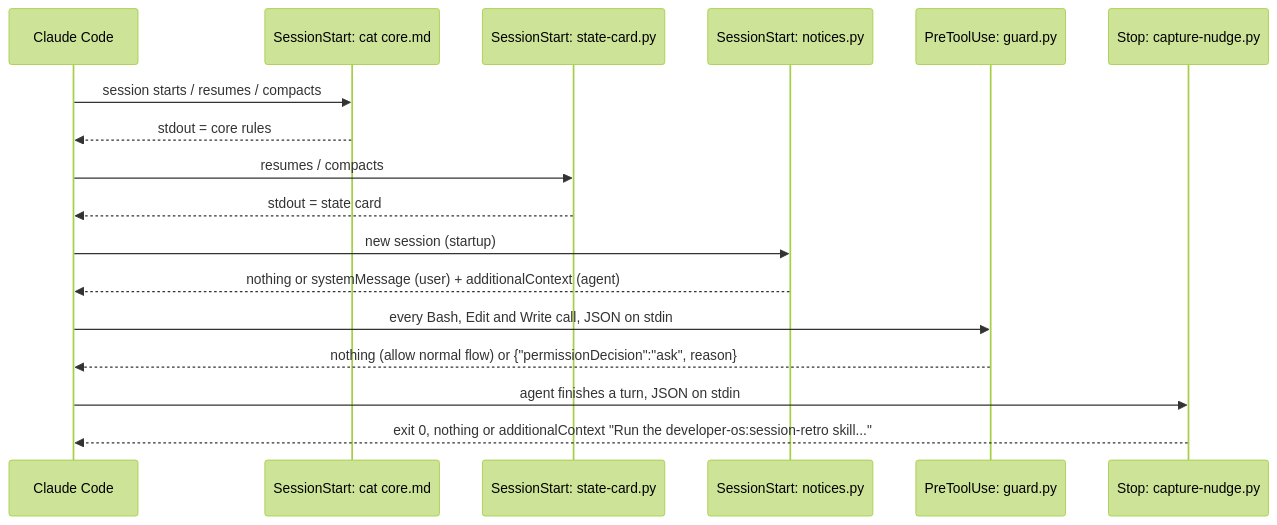
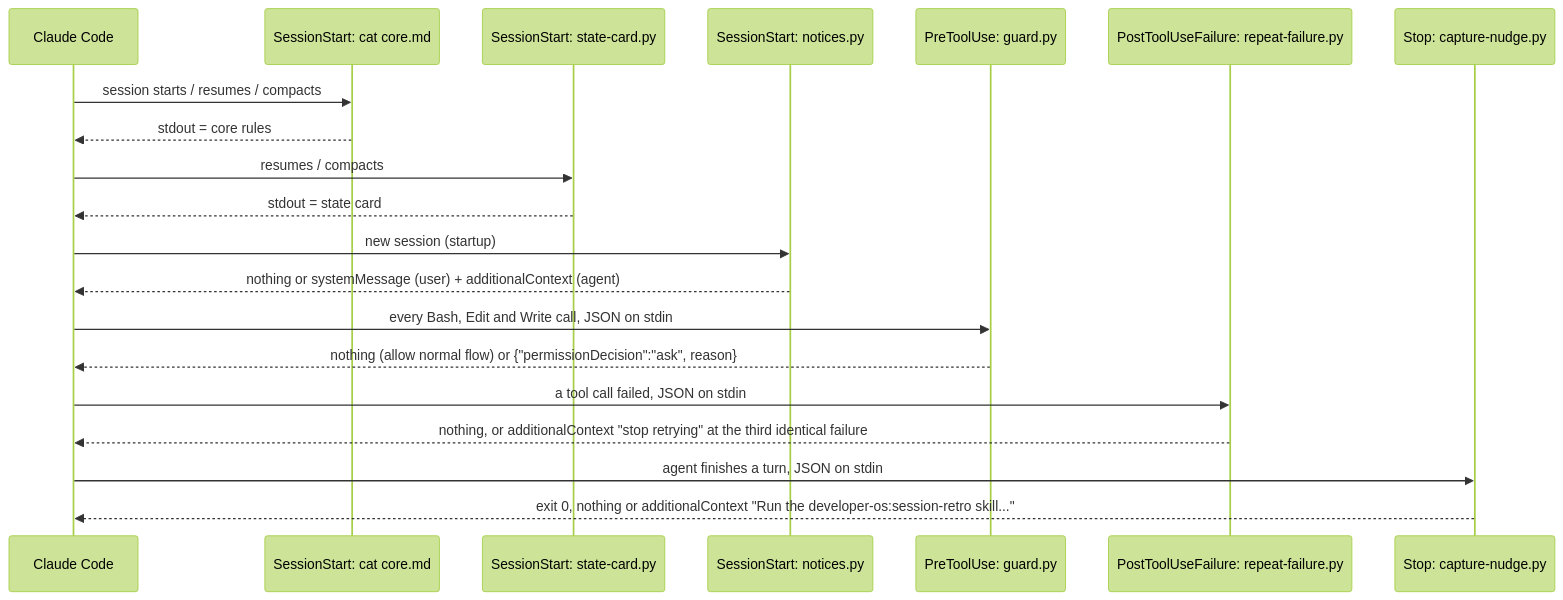
The first of 2 diagrams in docs/architecture/overview.md (msolecki/developer-os), drawn with Mermaid (forest theme) before and after one commit. The commit also changed other lines of this file and 20 other files, not shown here.

````diff
--- a/docs/architecture/overview.md
+++ b/docs/architecture/overview.md
@@ -60,19 +61,22 @@
 ```mermaid
 sequenceDiagram
   participant CC as Claude Code
   participant R as SessionStart: cat core.md
   participant SS as SessionStart: state-card.py
   participant NO as SessionStart: notices.py
   participant G as PreToolUse: guard.py
+  participant F as PostToolUseFailure: repeat-failure.py
   participant N as Stop: capture-nudge.py
   CC->>R: session starts / resumes / compacts
   R-->>CC: stdout = core rules
   CC->>SS: resumes / compacts
   SS-->>CC: stdout = state card
   CC->>NO: new session (startup)
   NO-->>CC: nothing or systemMessage (user) + additionalContext (agent)
   CC->>G: every Bash, Edit and Write call, JSON on stdin
   G-->>CC: nothing (allow normal flow) or {"permissionDecision":"ask", reason}
+  CC->>F: a tool call failed, JSON on stdin
+  F-->>CC: nothing, or additionalContext "stop retrying" at the third identical failure
   CC->>N: agent finishes a turn, JSON on stdin
   N-->>CC: exit 0, nothing or additionalContext "Run the developer-os:session-retro skill..."
 ```
````
